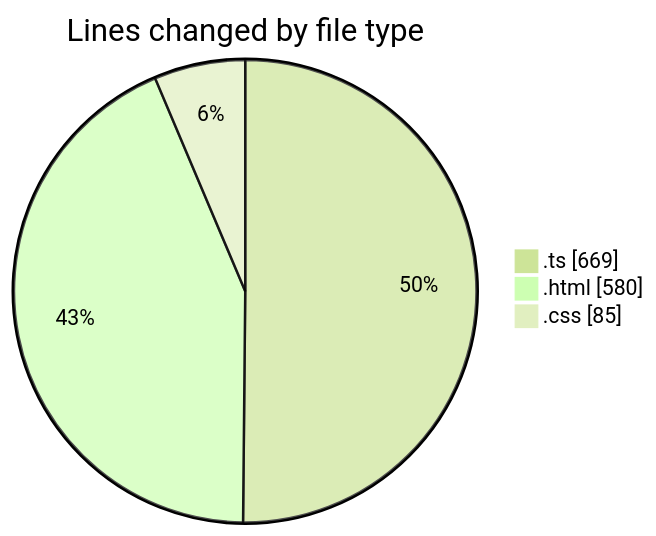
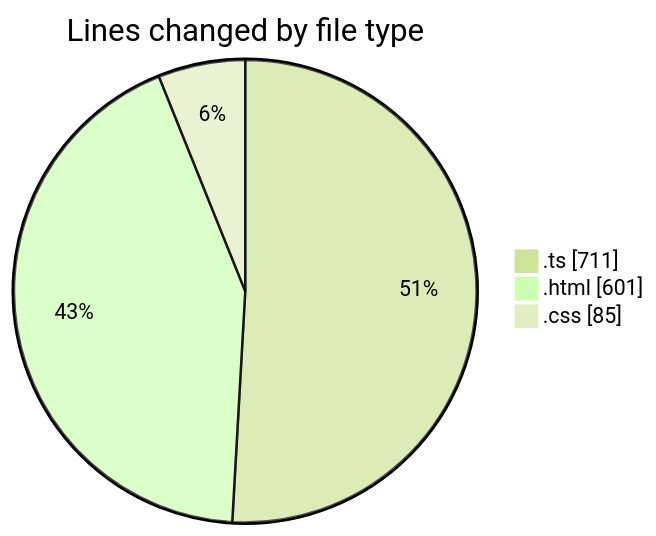
Before and after one commit to igalym/code-tracking: the first of 2 diagrams in 2025-12-29/budget_front_nest/README.md, drawn with Mermaid (forest theme). The commit also changed other lines of this file and 1 other file, not shown here.

````diff
--- a/2025-12-29/budget_front_nest/README.md
+++ b/2025-12-29/budget_front_nest/README.md
@@ -24,7 +24,7 @@
 ```mermaid
 pie showData
 title Lines changed by file type
-".ts" : 669
-".html" : 580
+".ts" : 711
+".html" : 601
 ".css" : 85
 ```
````
